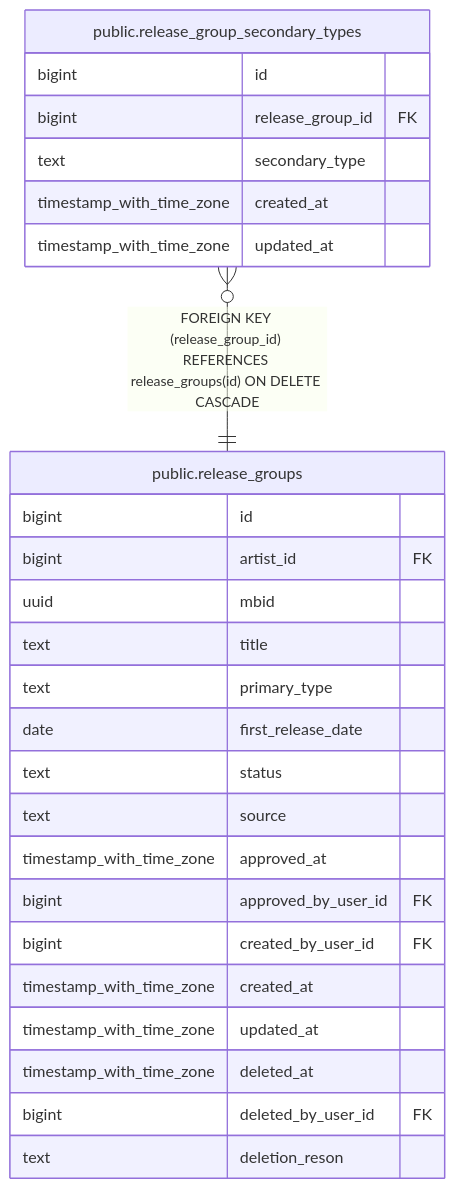
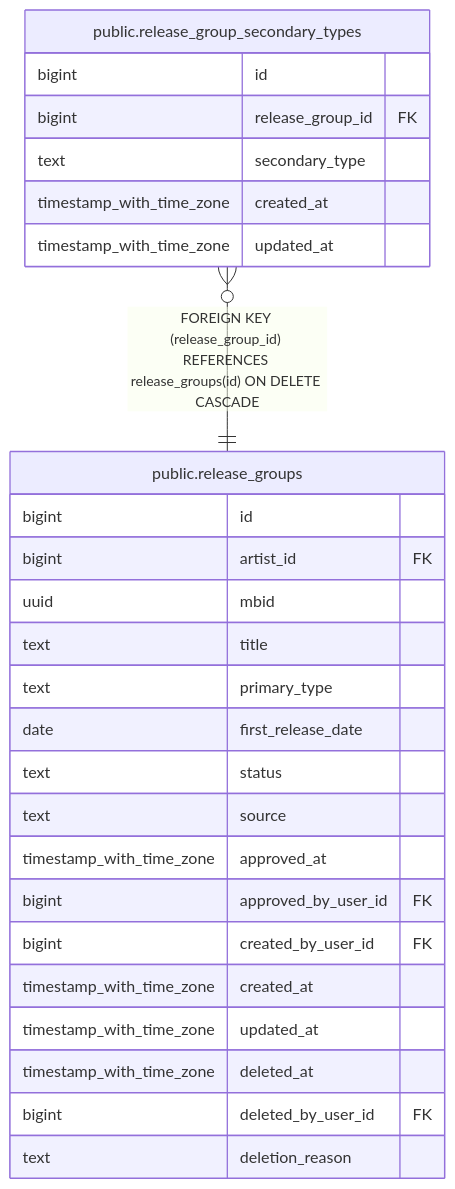
One commit to nagokos/livejuke changed the diagram in api/docs/schema/public.release_group_secondary_types.md. Above: the diagram before and after it, drawn with Mermaid. The commit also changed 22 other files, not shown here.

````diff
--- a/api/docs/schema/public.release_group_secondary_types.md
+++ b/api/docs/schema/public.release_group_secondary_types.md
@@ -37,31 +37,31 @@
 ```mermaid
 erDiagram
 
 "public.release_group_secondary_types" }o--|| "public.release_groups" : "FOREIGN KEY (release_group_id) REFERENCES release_groups(id) ON DELETE CASCADE"
 
 "public.release_group_secondary_types" {
   bigint id
   bigint release_group_id FK
   text secondary_type
   timestamp_with_time_zone created_at
   timestamp_with_time_zone updated_at
 }
 "public.release_groups" {
   bigint id
   bigint artist_id FK
   uuid mbid
   text title
   text primary_type
   date first_release_date
   text status
   text source
   timestamp_with_time_zone approved_at
   bigint approved_by_user_id FK
   bigint created_by_user_id FK
   timestamp_with_time_zone created_at
   timestamp_with_time_zone updated_at
   timestamp_with_time_zone deleted_at
   bigint deleted_by_user_id FK
-  text deletion_reson
+  text deletion_reason
 }
 ```
````
